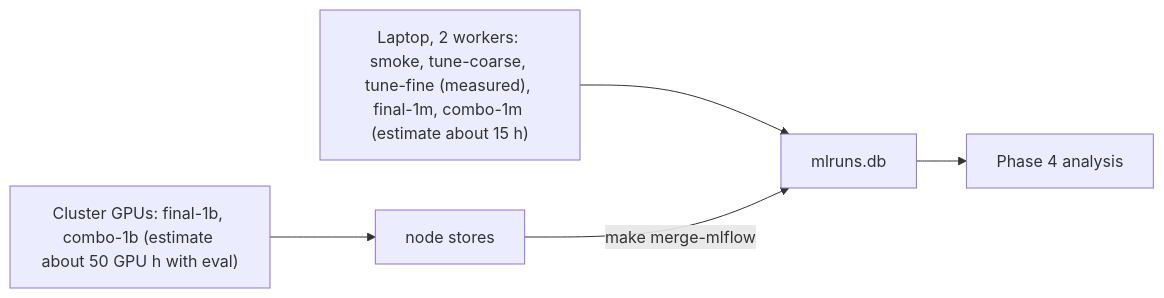
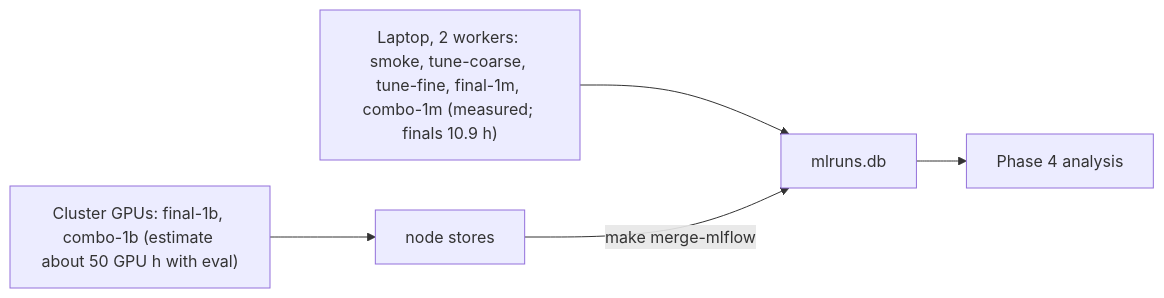
One commit to Pawlo77/rl-craftmax changed the diagram in plans/2026-10-20-craftax-project/2026-10-20-craftax-compute-budget.md. Above: the diagram before and after it, drawn with Mermaid. The commit also changed other lines of this file and 10 other files, not shown here.

````diff
--- a/plans/2026-10-20-craftax-project/2026-10-20-craftax-compute-budget.md
+++ b/plans/2026-10-20-craftax-project/2026-10-20-craftax-compute-budget.md
@@ -168,7 +169,7 @@
 ```mermaid
 flowchart LR
-  L["Laptop, 2 workers: smoke, tune-coarse, tune-fine (measured), final-1m, combo-1m (estimate about 15 h)"] --> M["mlruns.db"]
+  L["Laptop, 2 workers: smoke, tune-coarse, tune-fine, final-1m, combo-1m (measured; finals 10.9 h)"] --> M["mlruns.db"]
   C["Cluster GPUs: final-1b, combo-1b (estimate about 50 GPU h with eval)"] --> N["node stores"]
   N -- "make merge-mlflow" --> M
   M --> A["Phase 4 analysis"]
 ```
````
